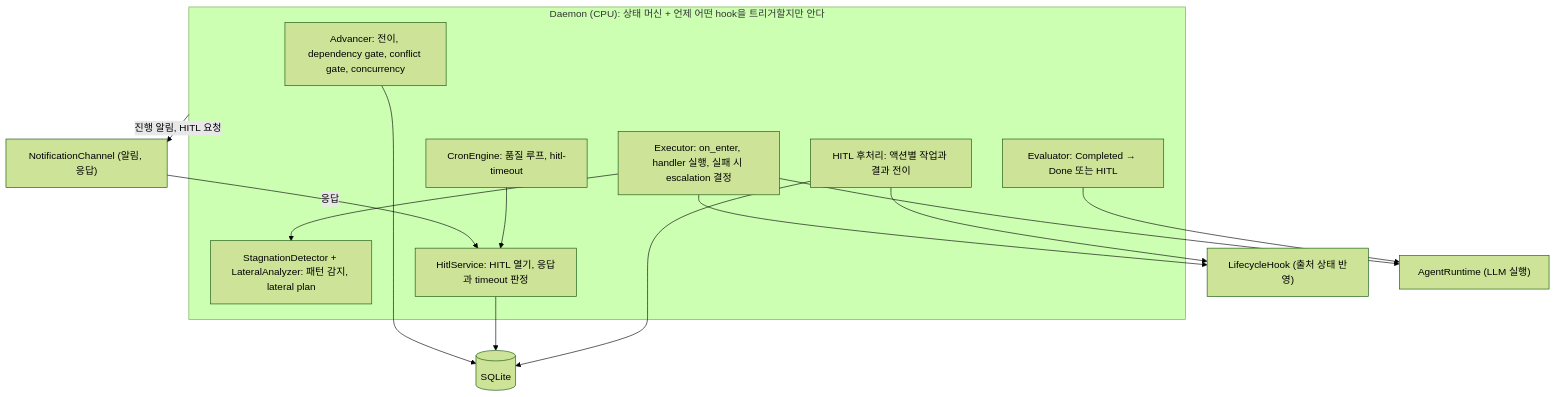
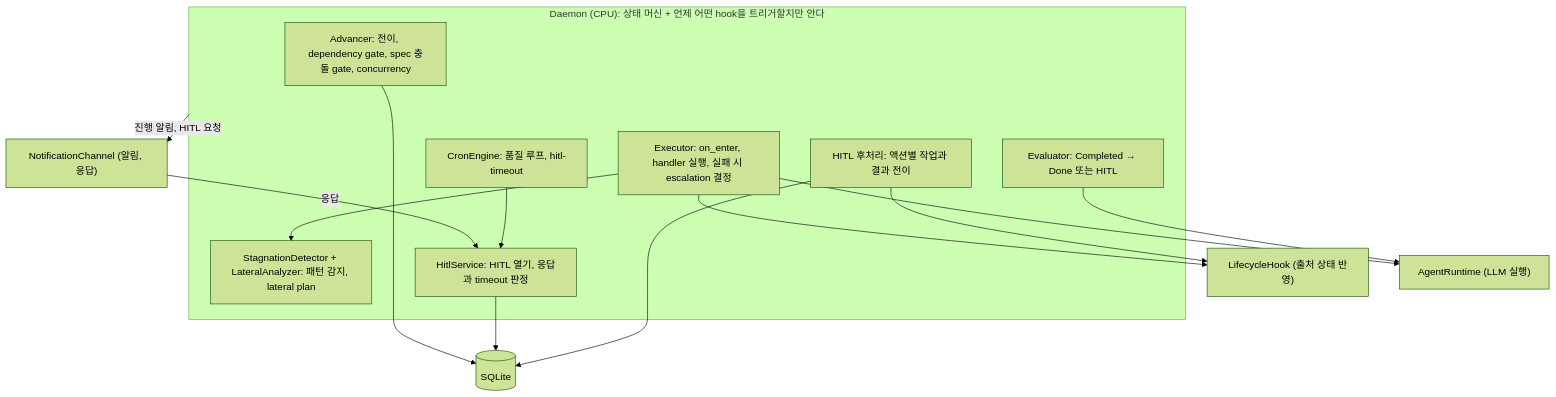
Before and after one commit to kys0213/belt: the fifth of 5 diagrams in spec/DESIGN.md, drawn with Mermaid (forest theme). The commit also changed other lines of this file and 5 other files, not shown here.

Commit message:
docs(spec): address design/flows review and settle replan-over-cap outcome

````diff
--- a/spec/DESIGN.md
+++ b/spec/DESIGN.md
@@ -246,28 +248,28 @@
 ```mermaid
 flowchart TD
     subgraph DAEMON["Daemon (CPU): 상태 머신 + 언제 어떤 hook을 트리거할지만 안다"]
-        ADV["Advancer: 전이, dependency gate, conflict gate, concurrency"]
+        ADV["Advancer: 전이, dependency gate, spec 충돌 gate, concurrency"]
         EXE["Executor: on_enter, handler 실행, 실패 시 escalation 결정"]
         STG["StagnationDetector + LateralAnalyzer: 패턴 감지, lateral plan"]
         EVA["Evaluator: Completed → Done 또는 HITL"]
         HIT["HitlService: HITL 열기, 응답과 timeout 판정"]
         POST["HITL 후처리: 액션별 작업과 결과 전이"]
         CRON["CronEngine: 품질 루프, hitl-timeout"]
     end
     DB[("SQLite")]
     HK["LifecycleHook (출처 상태 반영)"]
     CH["NotificationChannel (알림, 응답)"]
     RT["AgentRuntime (LLM 실행)"]
 
     ADV --> DB
     EXE --> STG
     EXE --> HK
     EXE --> RT
     EVA --> RT
     HIT --> DB
     POST --> HK
     POST --> DB
     DAEMON -- "진행 알림, HITL 요청" --> CH
     CH -- "응답" --> HIT
     CRON --> HIT
 ```
````
